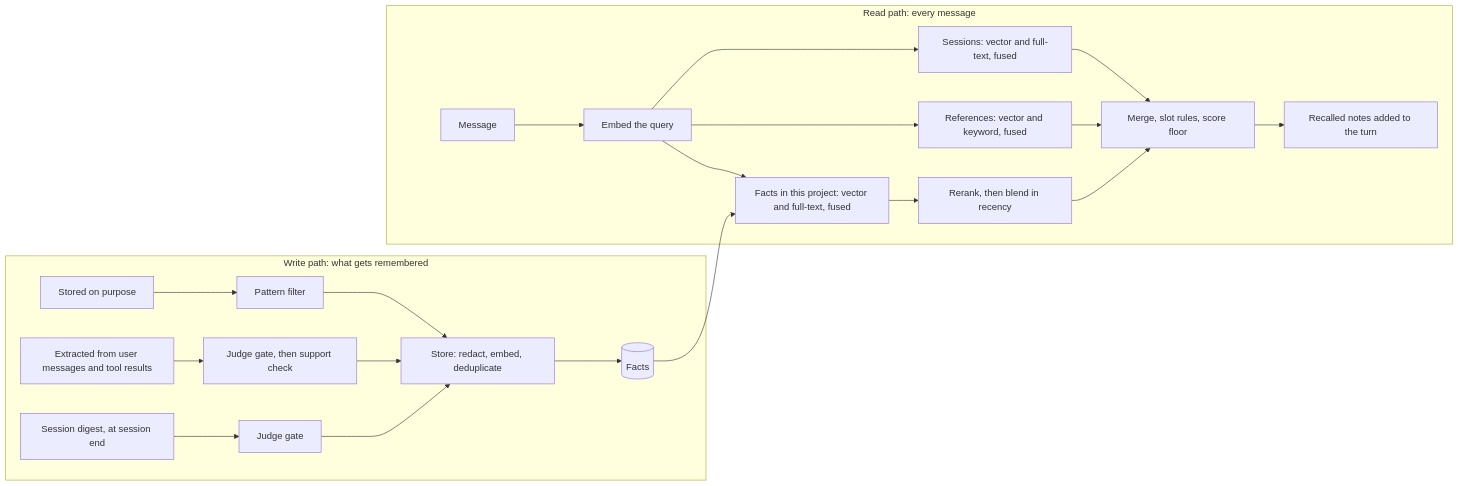
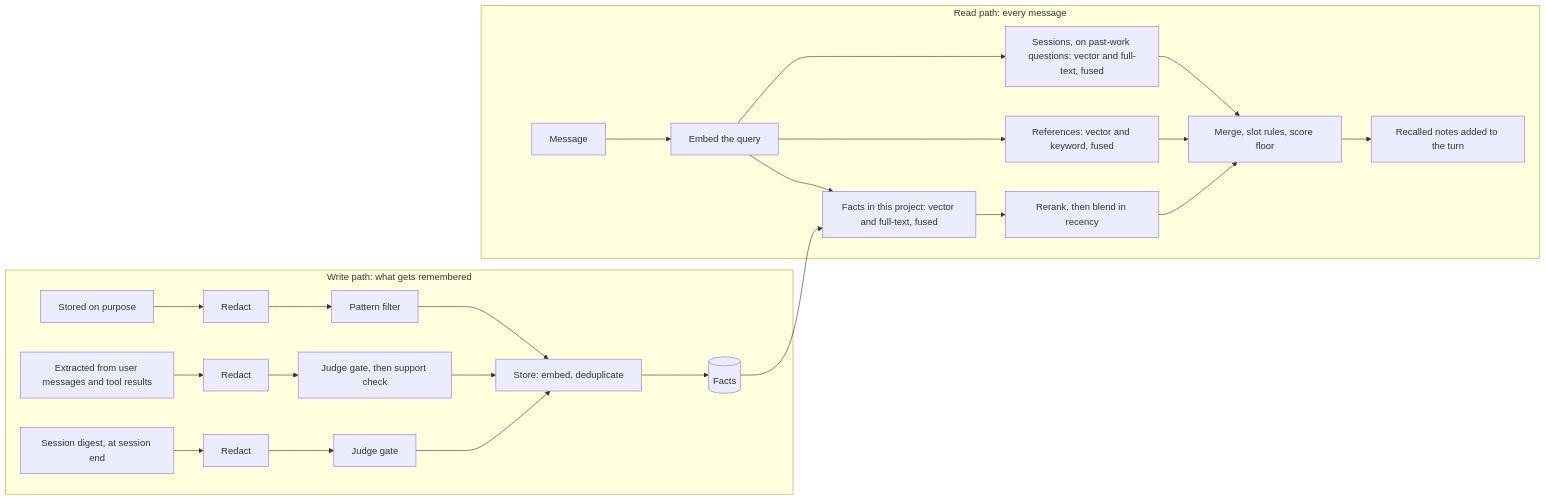
Before and after one commit to andrewalhaj/Custom-Hermes-Agent-Final: the first of 2 diagrams in ARCHITECTURE.md, drawn with Mermaid. The commit also changed other lines of this file, not shown here.

First line of the commit message:
docs: fix review findings in ARCHITECTURE.md

````diff
--- a/ARCHITECTURE.md
+++ b/ARCHITECTURE.md
@@ -46,24 +47,24 @@
 ```mermaid
 flowchart LR
   subgraph W["Write path: what gets remembered"]
-    A["Stored on purpose"] --> F1["Pattern filter"]
-    B["Extracted from user messages and tool results"] --> F2["Judge gate, then support check"]
-    C["Session digest, at session end"] --> F3["Judge gate"]
-    F1 --> S["Store: redact, embed, deduplicate"]
+    A["Stored on purpose"] --> R1["Redact"] --> F1["Pattern filter"]
+    B["Extracted from user messages and tool results"] --> R2["Redact"] --> F2["Judge gate, then support check"]
+    C["Session digest, at session end"] --> R3["Redact"] --> F3["Judge gate"]
+    F1 --> S["Store: embed, deduplicate"]
     F2 --> S
     F3 --> S
     S --> K[("Facts")]
   end
   subgraph R["Read path: every message"]
     Q["Message"] --> E["Embed the query"]
     E --> KS["Facts in this project: vector and full-text, fused"]
     KS --> RR["Rerank, then blend in recency"]
     E --> RS["References: vector and keyword, fused"]
-    E --> SS["Sessions: vector and full-text, fused"]
+    E --> SS["Sessions, on past-work questions: vector and full-text, fused"]
     RR --> M["Merge, slot rules, score floor"]
     RS --> M
     SS --> M
     M --> N["Recalled notes added to the turn"]
   end
   K --> KS
 ```
````
